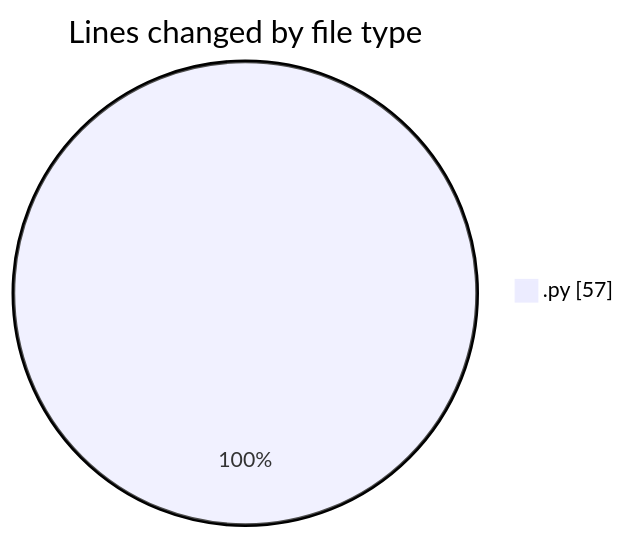
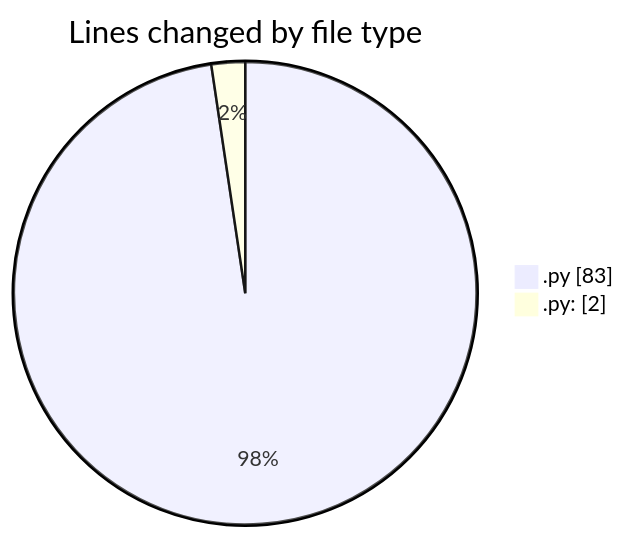
Before and after one commit to momahboobian/code-tracking: the first of 2 diagrams in 2025-02-22/samplepdf/README.md, drawn with Mermaid. The commit also changed other lines of this file and 1 other file, not shown here.

````diff
--- a/2025-02-22/samplepdf/README.md
+++ b/2025-02-22/samplepdf/README.md
@@ -20,5 +22,6 @@
 ```mermaid
 pie showData
 title Lines changed by file type
-".py" : 57
+".py" : 83
+".py:" : 2
 ```
````
